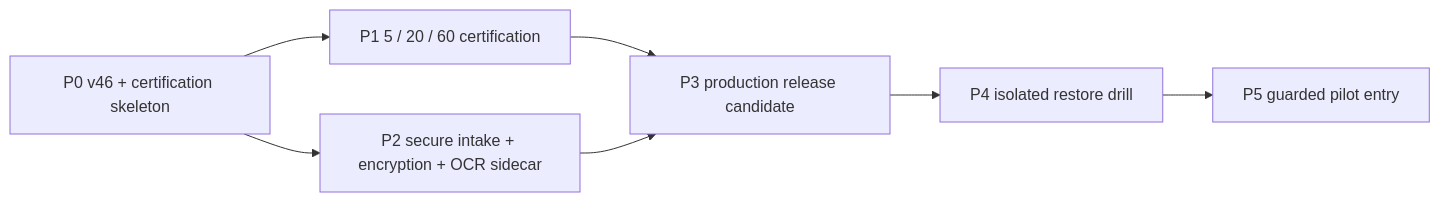
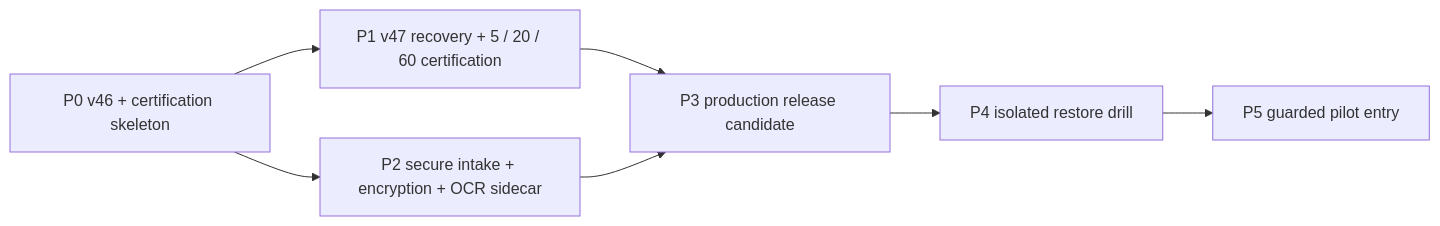
One commit to yiwer/RenderWeave changed the diagram in plans/image-only-production-admission-plan-v1.md. Above: the diagram before and after it, drawn with Mermaid. The commit also changed other lines of this file and 55 other files, not shown here.

````diff
--- a/plans/image-only-production-admission-plan-v1.md
+++ b/plans/image-only-production-admission-plan-v1.md
@@ -143,9 +587,9 @@
 ```mermaid
 flowchart LR
-  P0[P0 v46 + certification skeleton] --> P1[P1 5 / 20 / 60 certification]
+  P0[P0 v46 + certification skeleton] --> P1[P1 v47 recovery + 5 / 20 / 60 certification]
   P0 --> P2[P2 secure intake + encryption + OCR sidecar]
   P1 --> P3[P3 production release candidate]
   P2 --> P3
   P3 --> P4[P4 isolated restore drill]
   P4 --> P5[P5 guarded pilot entry]
 ```
````
